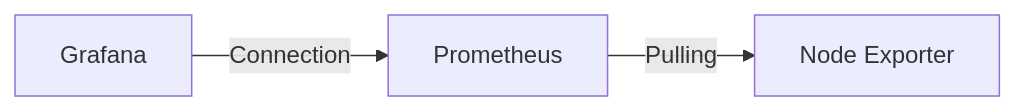
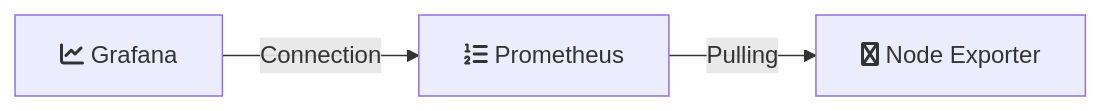
One commit to bullpae/prometheus_test changed the second of 2 diagrams in README.md. Above: the diagram before and after it, drawn with Mermaid. The commit also changed other lines of this file, not shown here.

Commit message:
icon 적용

````diff
--- a/README.md
+++ b/README.md
@@ -11,6 +11,6 @@
 ```mermaid
 flowchart LR
-    C[Prometheus] -->|Pulling| D[Node Exporter]
+    C[fa:fa-list-ol Prometheus] -->|Pulling| D[fa:fa-linode Node Exporter]
 
-    E[Grafana] -->|Connection| C
+    E[fa:fa-line-chart Grafana] -->|Connection| C
 ```
````
